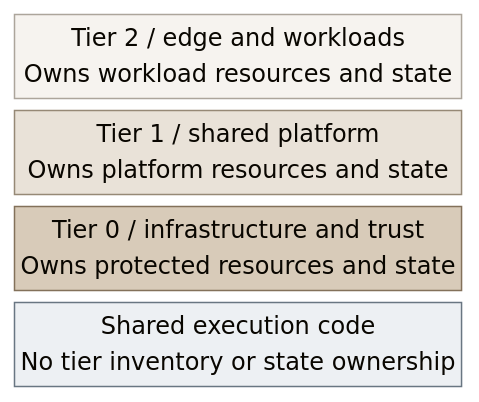
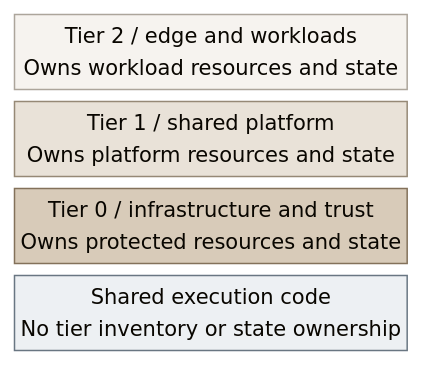
The diagram in docs/01-architecture/02-organization/01-tier-ownership.md (Rexus/homelab), drawn with Mermaid before and after one commit. The commit also changed 124 other files, not shown here.

First line of the commit message:
fix(platform): align service diagrams and directory failover

````diff
--- a/docs/01-architecture/02-organization/01-tier-ownership.md
+++ b/docs/01-architecture/02-organization/01-tier-ownership.md
@@ -11,20 +11,20 @@
 ```mermaid
-%%{init: {"theme":"base","themeVariables":{"lineColor":"#627581"}}}%%
+%%{init: {"theme":"base","themeVariables":{"lineColor":"#627581","fontFamily":"Arial, sans-serif","fontSize":"14px","edgeLabelBackground":"#f8fafc"},"fontFamily":"Arial, sans-serif"}}%%
 block-beta
   columns 1
   T2["Tier 2 / edge and workloads<br/>Owns workload resources and state"]
   T1["Tier 1 / shared platform<br/>Owns platform resources and state"]
   T0["Tier 0 / infrastructure and trust<br/>Owns protected resources and state"]
   Shared["Shared execution code<br/>No tier inventory or state ownership"]
   classDef default fill:#f8fafc,stroke:#64748b,color:#1f2937
   classDef services fill:#e7f0fc,stroke:#4d719b,color:#203a5b
   classDef control fill:#e2f3ed,stroke:#397366,color:#173f36
   classDef actor fill:#edf0f3,stroke:#697682,color:#293642
   classDef tier2 fill:#f6f3ef,stroke:#aca59b,color:#4b443c
   classDef tier1 fill:#e9e2d8,stroke:#968976,color:#44382a
   classDef tier0 fill:#d8cbb9,stroke:#83715a,color:#352a1e
   class T2 tier2
   class T1 tier1
   class T0 tier0
   class Shared actor
 ```
````
